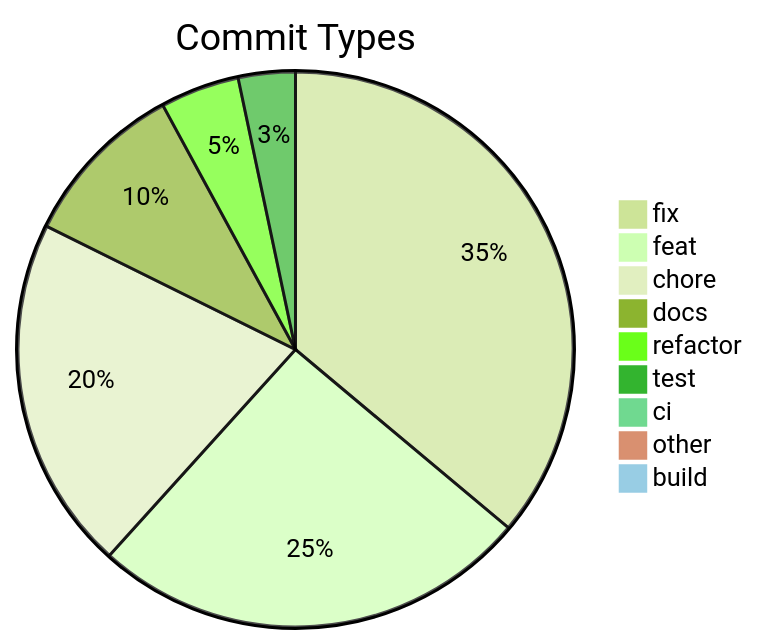
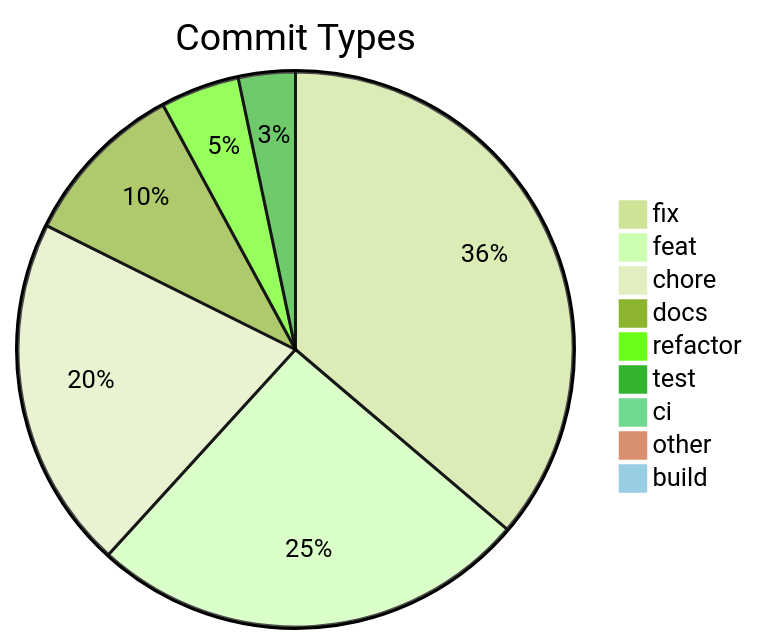
The diagram in .shipwright/compliance/change-history.md (svenroth-ai/shipwright-webui), drawn with Mermaid (forest theme) before and after one commit. The commit also changed other lines of this file and 18 other files, not shown here.

````diff
--- a/.shipwright/compliance/change-history.md
+++ b/.shipwright/compliance/change-history.md
@@ -8,12 +8,12 @@
 ```mermaid
 pie title Commit Types
-    "fix" : 196
+    "fix" : 197
     "feat" : 139
     "chore" : 112
     "docs" : 53
     "refactor" : 25
     "test" : 18
     "ci" : 5
     "other" : 4
     "build" : 1
 ```
````
